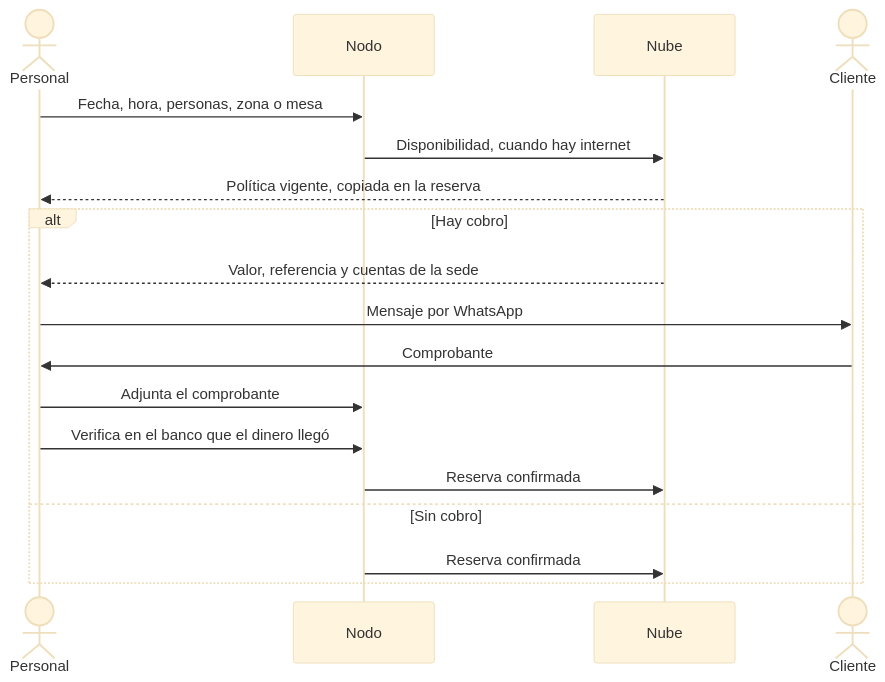
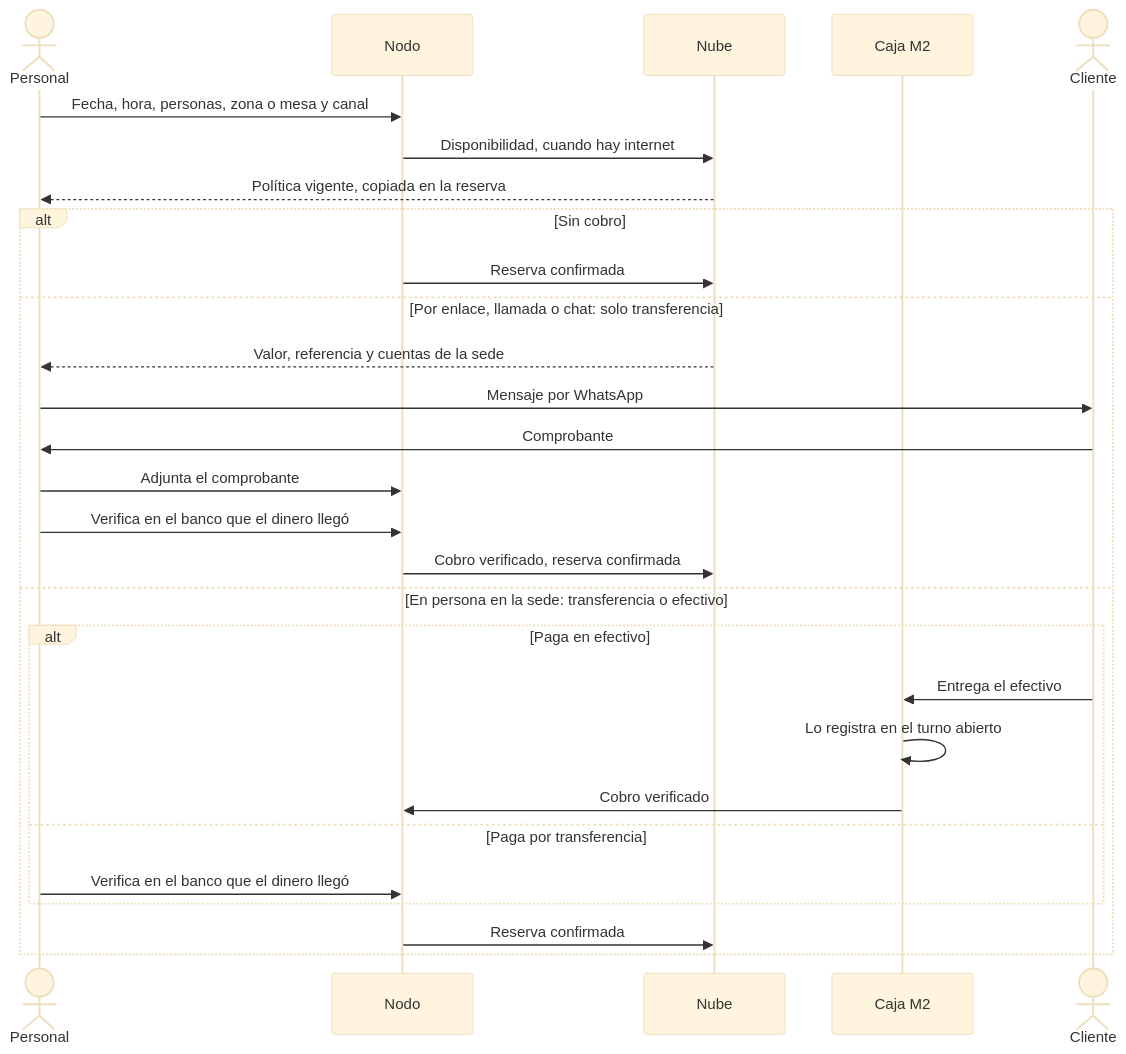
The first of 4 diagrams in docs/flujos/m9-reservas.md (CesarJOtizM/blackHole), drawn with Mermaid (base theme) before and after one commit. The commit also changed other lines of this file and 159 other files, not shown here.

````diff
--- a/docs/flujos/m9-reservas.md
+++ b/docs/flujos/m9-reservas.md
@@ -24,21 +24,31 @@
 ```mermaid
 sequenceDiagram
   actor Personal
   participant Nodo
   participant Nube
+  participant Caja as Caja M2
   actor Cliente
 
-  Personal->>Nodo: Fecha, hora, personas, zona o mesa
+  Personal->>Nodo: Fecha, hora, personas, zona o mesa y canal
   Nodo->>Nube: Disponibilidad, cuando hay internet
   Nube-->>Personal: Política vigente, copiada en la reserva
-  alt Hay cobro
+  alt Sin cobro
+    Nodo->>Nube: Reserva confirmada
+  else Por enlace, llamada o chat: solo transferencia
     Nube-->>Personal: Valor, referencia y cuentas de la sede
     Personal->>Cliente: Mensaje por WhatsApp
     Cliente->>Personal: Comprobante
     Personal->>Nodo: Adjunta el comprobante
     Personal->>Nodo: Verifica en el banco que el dinero llegó
-    Nodo->>Nube: Reserva confirmada
-  else Sin cobro
+    Nodo->>Nube: Cobro verificado, reserva confirmada
+  else En persona en la sede: transferencia o efectivo
+    alt Paga en efectivo
+      Cliente->>Caja: Entrega el efectivo
+      Caja->>Caja: Lo registra en el turno abierto
+      Caja->>Nodo: Cobro verificado
+    else Paga por transferencia
+      Personal->>Nodo: Verifica en el banco que el dinero llegó
+    end
     Nodo->>Nube: Reserva confirmada
   end
 ```
````
